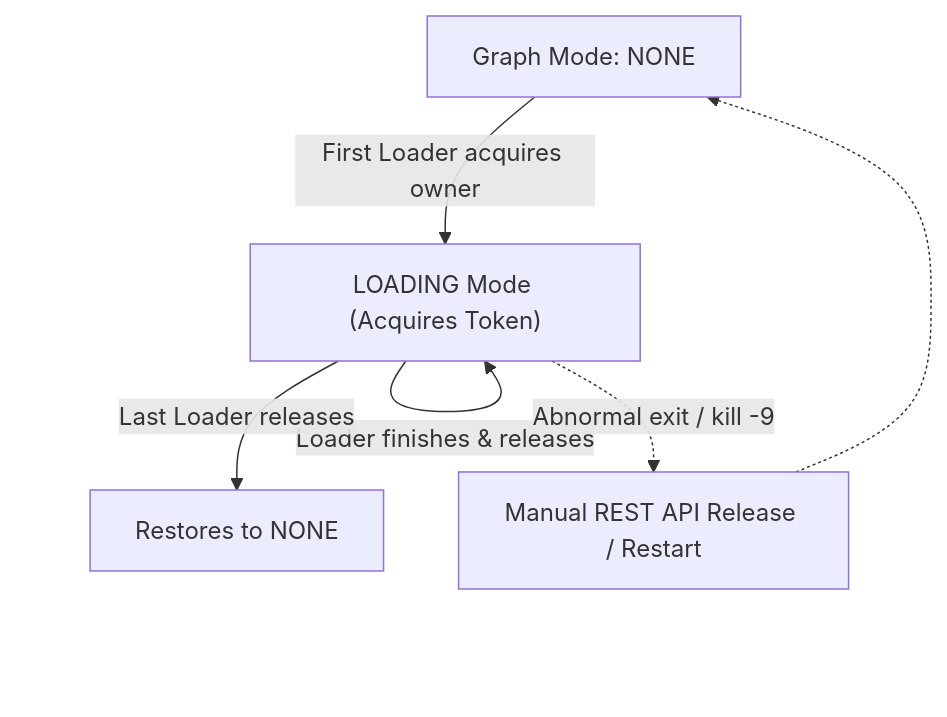
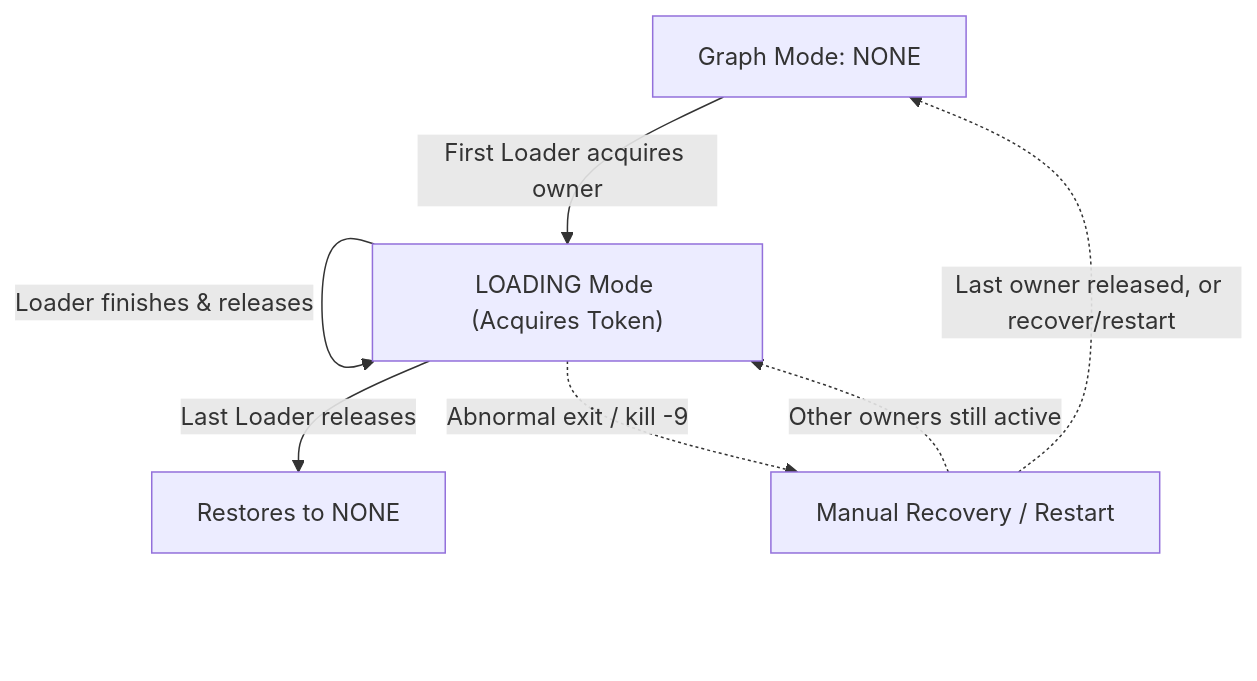
The diagram in content/en/docs/quickstart/toolchain/hugegraph-loader.md (hugegraph/hugegraph-doc), drawn with Mermaid before and after one commit. The commit also changed other lines of this file and 3 other files, not shown here.

````diff
--- a/content/en/docs/quickstart/toolchain/hugegraph-loader.md
+++ b/content/en/docs/quickstart/toolchain/hugegraph-loader.md
@@ -996,9 +998,10 @@
 ```mermaid
 graph TD
     A["Graph Mode: NONE"] -->|First Loader acquires owner| B["LOADING Mode (Acquires Token)"]
     B -->|Concurrent Loaders join| B
     B -->|Loader finishes & releases| B
     B -->|Last Loader releases| C["Restores to NONE"]
-    B -.->|Abnormal exit / kill -9| D["Manual REST API Release / Restart"]
-    D -.-> A
+    B -.->|Abnormal exit / kill -9| D["Manual Recovery / Restart"]
+    D -.->|"Last owner released, or recover/restart"| A
+    D -.->|"Other owners still active"| B
 ```
````
